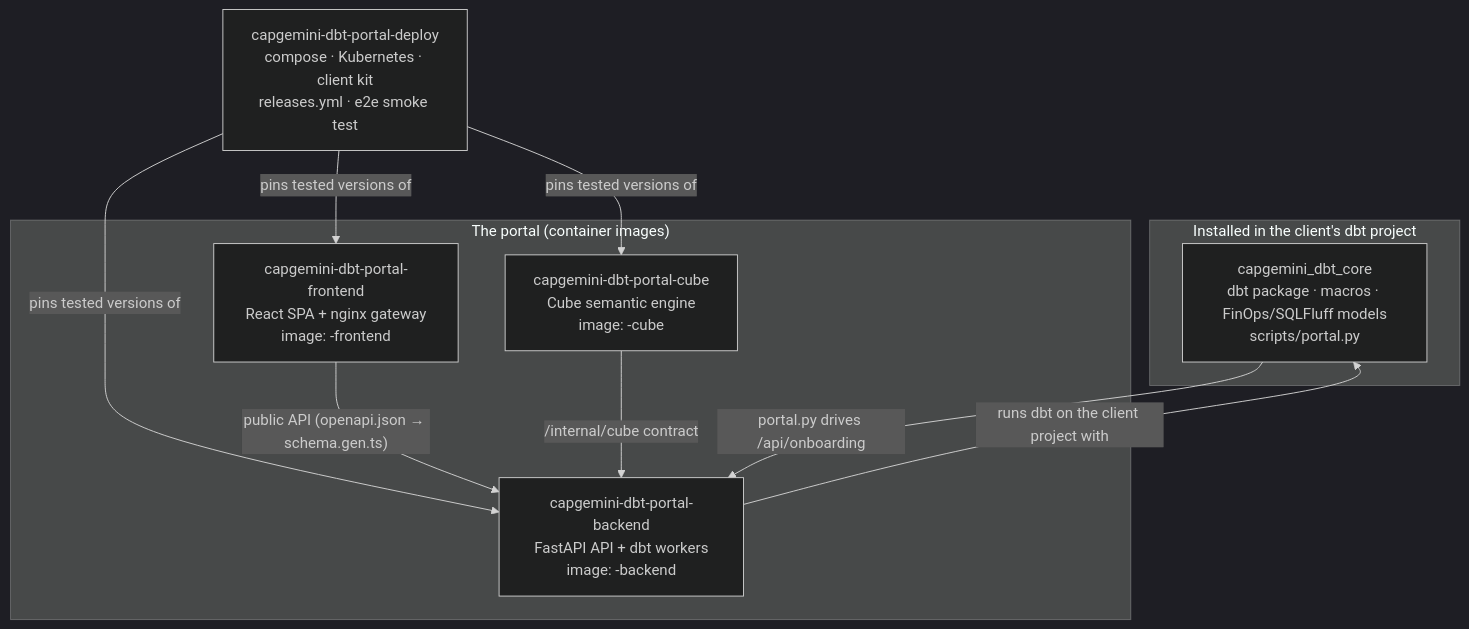
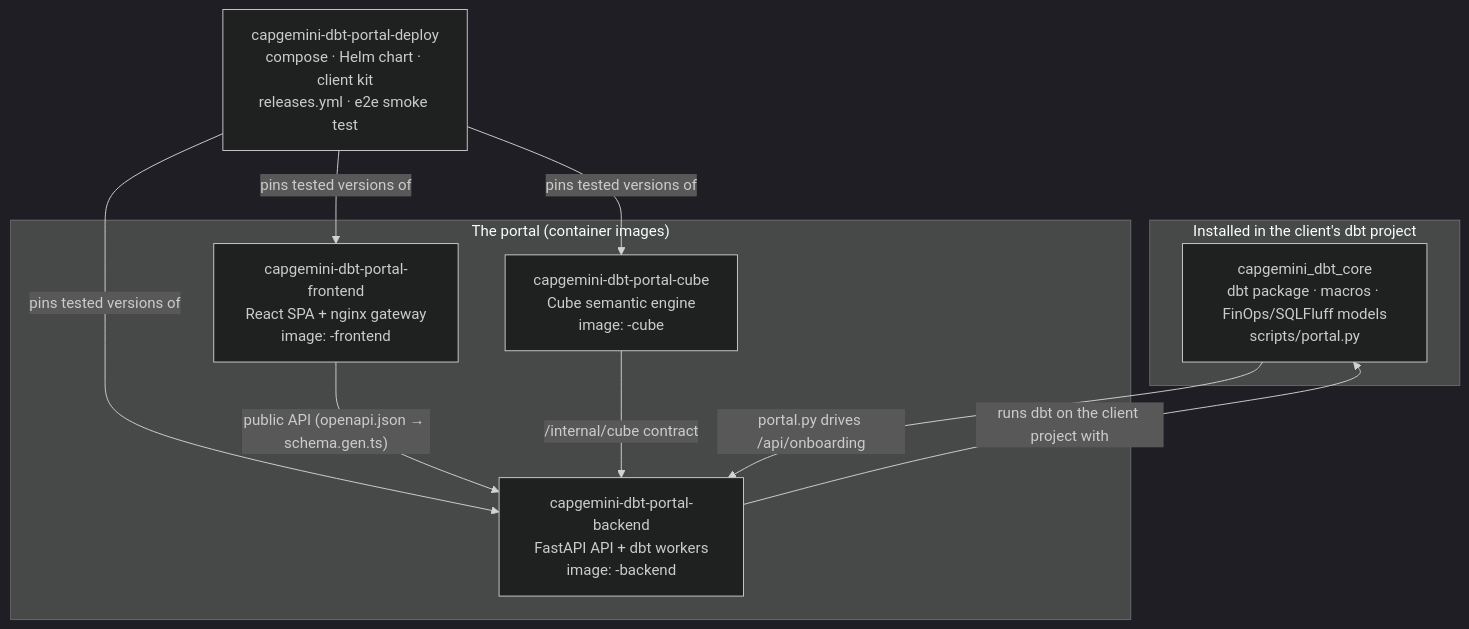
The second of 9 diagrams in docs/SYSTEM_GUIDE.md (omaryehia015/capgemini-dbt-portal-deploy), drawn with Mermaid (dark theme) before and after one commit. The commit also changed other lines of this file and 88 other files, not shown here.

Commit message:
Add client install modes, Helm chart, OCI chart and release automation

````diff
--- a/docs/SYSTEM_GUIDE.md
+++ b/docs/SYSTEM_GUIDE.md
@@ -62,18 +62,18 @@
 ```mermaid
 flowchart TB
   subgraph pkg["Installed in the client's dbt project"]
     CORE["capgemini_dbt_core<br/>dbt package · macros · FinOps/SQLFluff models<br/>scripts/portal.py"]
   end
   subgraph portal["The portal (container images)"]
     BE["capgemini-dbt-portal-backend<br/>FastAPI API + dbt workers<br/>image: -backend"]
     FE["capgemini-dbt-portal-frontend<br/>React SPA + nginx gateway<br/>image: -frontend"]
     CU["capgemini-dbt-portal-cube<br/>Cube semantic engine<br/>image: -cube"]
   end
-  DEP["capgemini-dbt-portal-deploy<br/>compose · Kubernetes · client kit<br/>releases.yml · e2e smoke test"]
+  DEP["capgemini-dbt-portal-deploy<br/>compose · Helm chart · client kit<br/>releases.yml · e2e smoke test"]
 
   FE -- "public API (openapi.json → schema.gen.ts)" --> BE
   CU -- "/internal/cube contract" --> BE
   BE -- "runs dbt on the client project with" --> CORE
   CORE -- "portal.py drives /api/onboarding" --> BE
   DEP -- "pins tested versions of" --> BE & FE & CU
 ```
````
